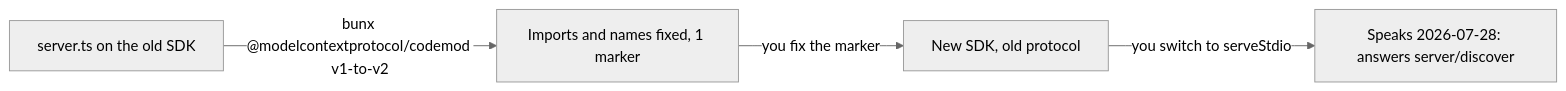
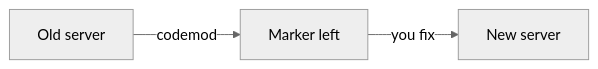
One commit to learnwithparam/mcp-workshop changed the diagram in parts/05-grow-the-server/05-upgrade-a-v1-server/problem/README.md. Above: the diagram before and after it, drawn with Mermaid (neutral theme). The commit also changed other lines of this file and 23 other files, not shown here.

````diff
--- a/parts/05-grow-the-server/05-upgrade-a-v1-server/problem/README.md
+++ b/parts/05-grow-the-server/05-upgrade-a-v1-server/problem/README.md
@@ -24,6 +7,4 @@
 ```mermaid
 flowchart LR
-  V1[server.ts on the old SDK] -- "bunx @modelcontextprotocol/codemod v1-to-v2" --> M[Imports and names fixed, 1 marker]
-  M -- "you fix the marker" --> V2[New SDK, old protocol]
-  V2 -- "you switch to serveStdio" --> D[Speaks 2026-07-28: answers server/discover]
+  O[Old server] -- codemod --> M[Marker left] -- you fix --> N[New server]
 ```
````
